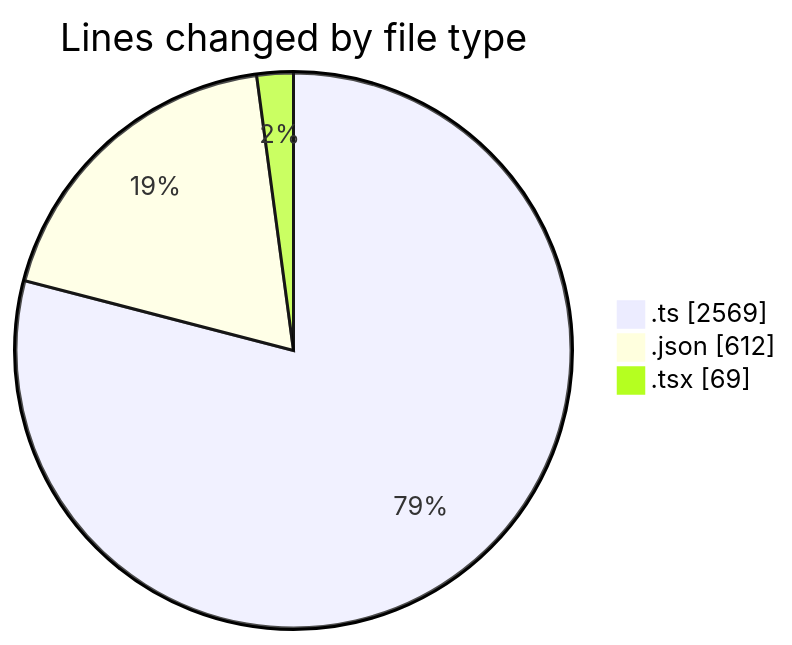
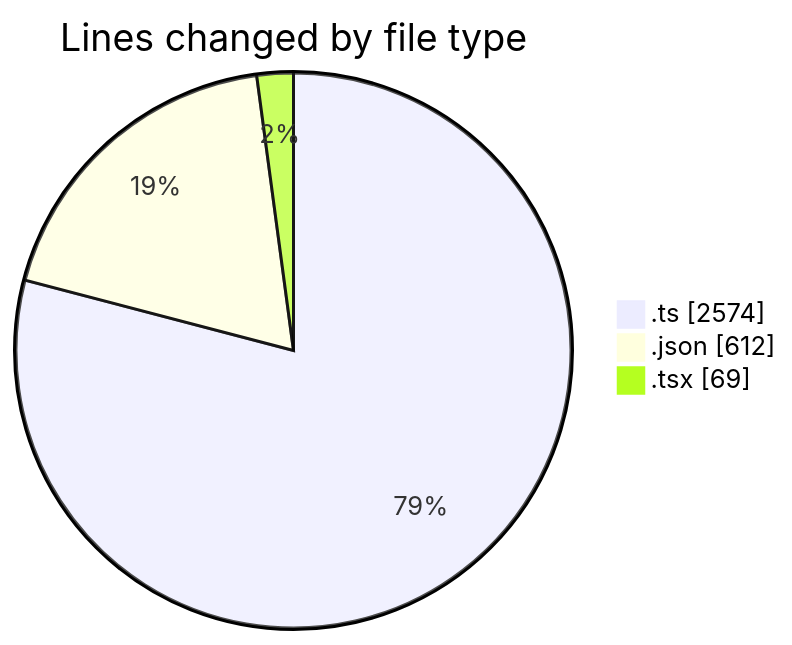
The first of 2 diagrams in 2025-10-22/cda/README.md (momahboobian/code-tracking), drawn with Mermaid before and after one commit. The commit also changed other lines of this file and 1 other file, not shown here.

````diff
--- a/2025-10-22/cda/README.md
+++ b/2025-10-22/cda/README.md
@@ -28,7 +28,7 @@
 ```mermaid
 pie showData
 title Lines changed by file type
-".ts" : 2569
+".ts" : 2574
 ".json" : 612
 ".tsx" : 69
 ```
````
